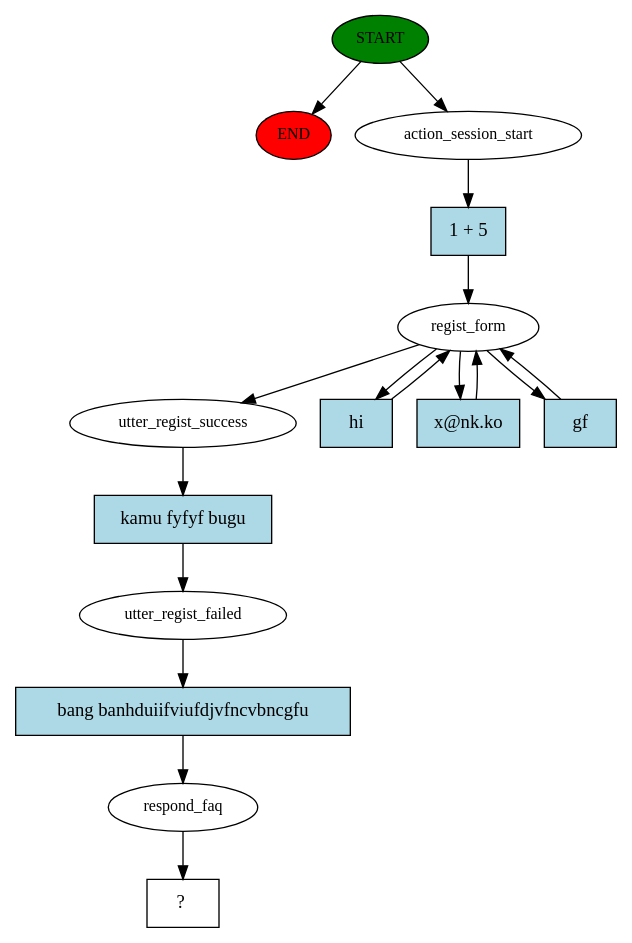
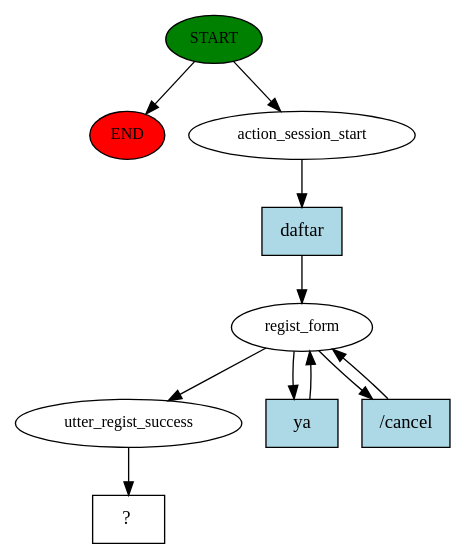
One commit to milooprojectid/rasa-chatbot changed the diagram in story_graph.dot. Above: the diagram before and after it, drawn with Graphviz. The commit also changed 6 other files, not shown here.

```diff
--- a/story_graph.dot
+++ b/story_graph.dot
@@ -1,32 +1,21 @@
 digraph  {
 0 [class="start active", fillcolor=green, fontsize=12, label=START, style=filled];
 "-1" [class=end, fillcolor=red, fontsize=12, label=END, style=filled];
 1 [class=active, fontsize=12, label=action_session_start];
 2 [class=active, fontsize=12, label=regist_form];
-8 [class=active, fontsize=12, label=utter_regist_success];
-9 [class=active, fontsize=12, label=utter_regist_failed];
-10 [class=active, fontsize=12, label=respond_faq];
-11 [class="intent dashed active", label="  ?  ", shape=rect];
-12 [class="intent active", fillcolor=lightblue, label="1 + 5", shape=rect, style=filled];
-13 [class="intent active", fillcolor=lightblue, label=hi, shape=rect, style=filled];
-14 [class="intent active", fillcolor=lightblue, label="x@nk.ko", shape=rect, style=filled];
-15 [class="intent active", fillcolor=lightblue, label=gf, shape=rect, style=filled];
-16 [class="intent active", fillcolor=lightblue, label="kamu fyfyf bugu", shape=rect, style=filled];
-17 [class="intent active", fillcolor=lightblue, label="bang banhduiifviufdjvfncvbncgfu", shape=rect, style=filled];
+5 [class=active, fontsize=12, label=utter_regist_success];
+6 [class="intent dashed active", label="  ?  ", shape=rect];
+7 [class="intent active", fillcolor=lightblue, label=daftar, shape=rect, style=filled];
+8 [class="intent active", fillcolor=lightblue, label=ya, shape=rect, style=filled];
+9 [class="intent active", fillcolor=lightblue, label="/cancel", shape=rect, style=filled];
 0 -> "-1"  [class="", key=NONE, label=""];
 0 -> 1  [class=active, key=NONE, label=""];
-1 -> 12  [class=active, key=0];
-2 -> 8  [class=active, key=NONE, label=""];
-2 -> 13  [class=active, key=0];
-2 -> 14  [class=active, key=0];
-2 -> 15  [class=active, key=0];
-8 -> 16  [class=active, key=0];
-9 -> 17  [class=active, key=0];
-10 -> 11  [class=active, key=NONE, label=""];
-12 -> 2  [class=active, key=0];
-13 -> 2  [class=active, key=0];
-14 -> 2  [class=active, key=0];
-15 -> 2  [class=active, key=0];
-16 -> 9  [class=active, key=0];
-17 -> 10  [class=active, key=0];
+1 -> 7  [class=active, key=0];
+2 -> 5  [class=active, key=NONE, label=""];
+2 -> 8  [class=active, key=0];
+2 -> 9  [class=active, key=0];
+5 -> 6  [class=active, key=NONE, label=""];
+7 -> 2  [class=active, key=0];
+8 -> 2  [class=active, key=0];
+9 -> 2  [class=active, key=0];
 }
```
